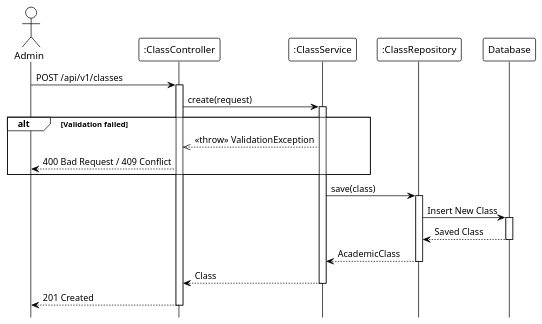
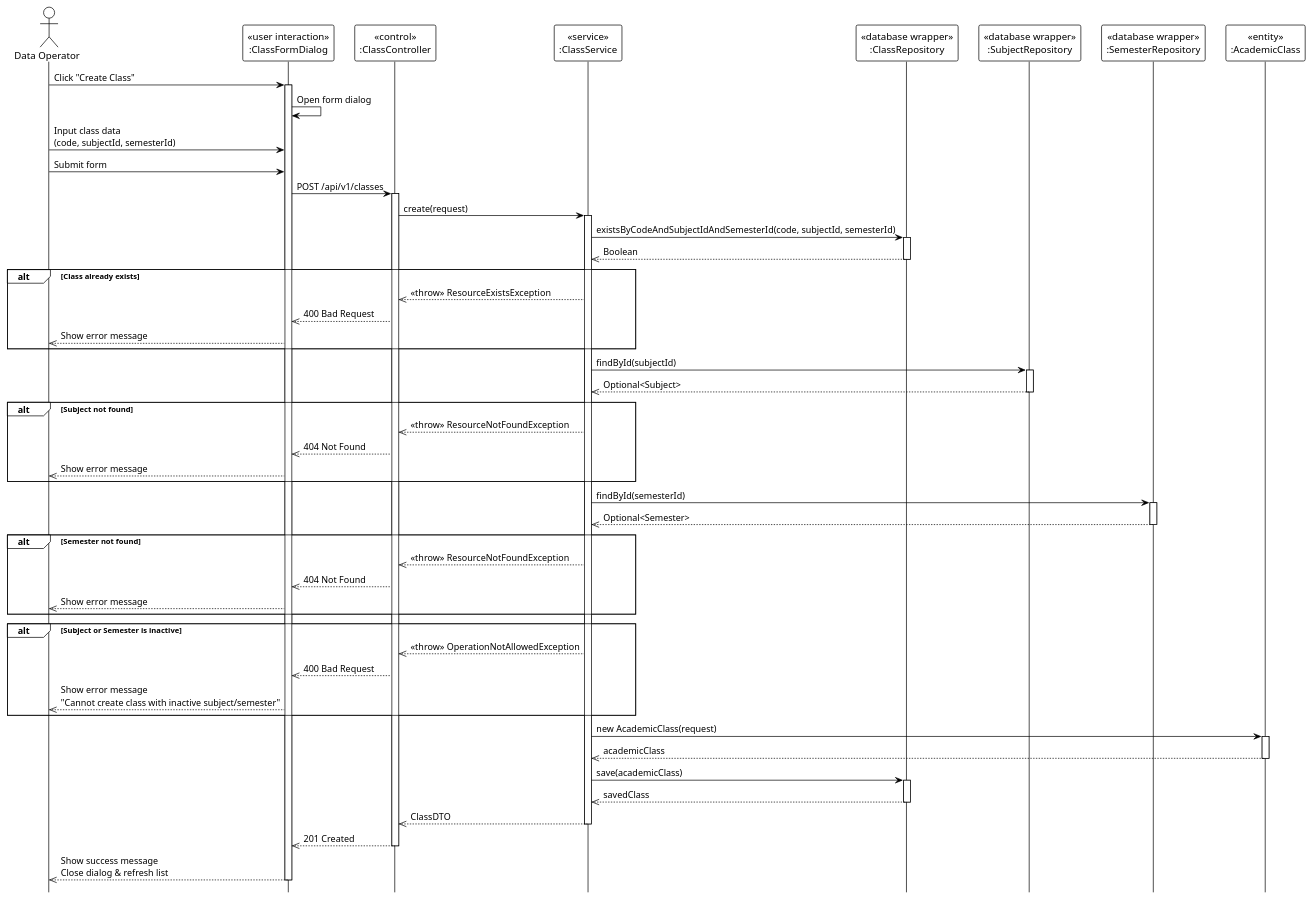
One commit to Ndh474/context changed the diagram in system_detailed_design/25_create_class/sequence_diagram_create_class.puml. Above: the diagram before and after it, drawn with PlantUML. The commit also changed 5 other files, not shown here.

Commit message:
docs(system_detailed_design): add UML stereotypes to class sequence diagrams

```diff
--- a/system_detailed_design/25_create_class/sequence_diagram_create_class.puml
+++ b/system_detailed_design/25_create_class/sequence_diagram_create_class.puml
@@ -1,42 +1,94 @@
 @startuml create_class
 !theme plain
 hide footbox
 
-actor Admin
-participant ":ClassController" as Controller
-participant ":ClassService" as Service
-participant ":ClassRepository" as Repository
-participant "Database" as DB
+actor "Data Operator" as DataOperator
 
-' --- MAIN FLOW ---
-Admin -> Controller: POST /api/v1/classes
+participant "«user interaction»\n:ClassFormDialog" as UI
+participant "«control»\n:ClassController" as Controller
+participant "«service»\n:ClassService" as Service
+participant "«database wrapper»\n:ClassRepository" as Repository
+participant "«database wrapper»\n:SubjectRepository" as SubjectRepository
+participant "«database wrapper»\n:SemesterRepository" as SemesterRepository
+participant "«entity»\n:AcademicClass" as Entity
+
+' === MAIN FLOW ===
+DataOperator -> UI: Click "Create Class"
+activate UI
+
+UI -> UI: Open form dialog
+
+DataOperator -> UI: Input class data\n(code, subjectId, semesterId)
+
+DataOperator -> UI: Submit form
+UI -> Controller: POST /api/v1/classes
 activate Controller
 
 Controller -> Service: create(request)
 activate Service
 
-' Validation logic (internal: code uniqueness, subject/semester validation)
+' === VALIDATION: UNIQUE CONSTRAINT ===
+Service -> Repository: existsByCodeAndSubjectIdAndSemesterId(code, subjectId, semesterId)
+activate Repository
+Repository -->> Service: Boolean
+deactivate Repository
 
-alt Validation failed
-    Service -->> Controller: <<throw>> ValidationException
-    Controller --> Admin: 400 Bad Request / 409 Conflict
+alt Class already exists
+    Service -->> Controller: <<throw>> ResourceExistsException
+    Controller -->> UI: 400 Bad Request
+    UI -->> DataOperator: Show error message
 end
 
-Service -> Repository: save(class)
+' === LOOKUP SUBJECT ===
+Service -> SubjectRepository: findById(subjectId)
+activate SubjectRepository
+SubjectRepository -->> Service: Optional<Subject>
+deactivate SubjectRepository
+
+alt Subject not found
+    Service -->> Controller: <<throw>> ResourceNotFoundException
+    Controller -->> UI: 404 Not Found
+    UI -->> DataOperator: Show error message
+end
+
+' === LOOKUP SEMESTER ===
+Service -> SemesterRepository: findById(semesterId)
+activate SemesterRepository
+SemesterRepository -->> Service: Optional<Semester>
+deactivate SemesterRepository
+
+alt Semester not found
+    Service -->> Controller: <<throw>> ResourceNotFoundException
+    Controller -->> UI: 404 Not Found
+    UI -->> DataOperator: Show error message
+end
+
+' === CHECK ACTIVE STATUS ===
+alt Subject or Semester is inactive
+    Service -->> Controller: <<throw>> OperationNotAllowedException
+    Controller -->> UI: 400 Bad Request
+    UI -->> DataOperator: Show error message\n"Cannot create class with inactive subject/semester"
+end
+
+' === CREATE ENTITY ===
+Service -> Entity: new AcademicClass(request)
+activate Entity
+Entity -->> Service: academicClass
+deactivate Entity
+
+' === SAVE ===
+Service -> Repository: save(academicClass)
 activate Repository
-
-Repository -> DB: Insert New Class
-activate DB
-DB --> Repository: Saved Class
-deactivate DB
-
-Repository --> Service: AcademicClass
+Repository -->> Service: savedClass
 deactivate Repository
 
-Service --> Controller: Class
+Service -->> Controller: ClassDTO
 deactivate Service
 
-Controller --> Admin: 201 Created
+Controller -->> UI: 201 Created
 deactivate Controller
 
+UI -->> DataOperator: Show success message\nClose dialog & refresh list
+deactivate UI
+
 @enduml
```
